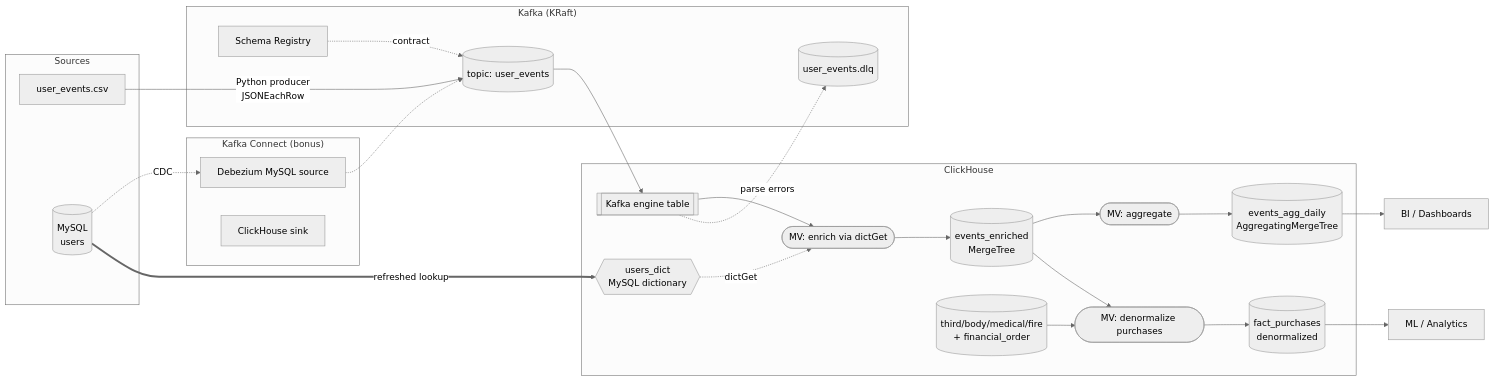
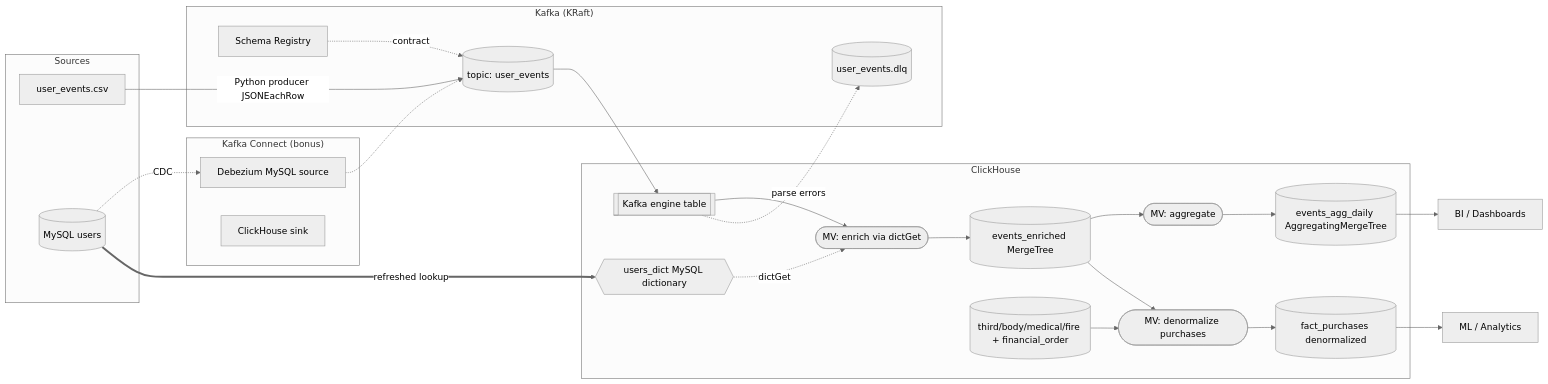
The diagram in docs/architecture.md (Mansoor-Khaleghi/Azki-de), drawn with Mermaid (neutral theme) before and after one commit. The commit also changed other lines of this file and 13 other files, not shown here.

First line of the commit message:
Add data-flow diagram, sync docs with current behaviour, lint with ruff

````diff
--- a/docs/architecture.md
+++ b/docs/architecture.md
@@ -5,44 +17,44 @@
 ```mermaid
 flowchart LR
     subgraph Sources
         CSV[user_events.csv]
-        MYSQL[(MySQL\nusers)]
+        MYSQL[(MySQL users)]
     end
 
     subgraph Kafka["Kafka (KRaft)"]
         TOPIC[(topic: user_events)]
         SR[Schema Registry]
         DLQ[(user_events.dlq)]
     end
 
     subgraph Connect["Kafka Connect (bonus)"]
         DBZ[Debezium MySQL source]
         SINK[ClickHouse sink]
     end
 
     subgraph ClickHouse
         KE[[Kafka engine table]]
-        DICT{{users_dict\nMySQL dictionary}}
+        DICT{{users_dict MySQL dictionary}}
         MV1([MV: enrich via dictGet])
-        ENR[(events_enriched\nMergeTree)]
+        ENR[(events_enriched MergeTree)]
         MV2([MV: aggregate])
-        AGG[(events_agg_daily\nAggregatingMergeTree)]
+        AGG[(events_agg_daily AggregatingMergeTree)]
         MV3([MV: denormalize purchases])
-        ORD[(third/body/medical/fire\n+ financial_order)]
-        FACT[(fact_purchases\ndenormalized)]
+        ORD[(third/body/medical/fire + financial_order)]
+        FACT[(fact_purchases denormalized)]
     end
 
-    CSV -->|Python producer\nJSONEachRow| TOPIC
+    CSV -->|Python producer JSONEachRow| TOPIC
     MYSQL -. CDC .-> DBZ -.-> TOPIC
     MYSQL ==>|refreshed lookup| DICT
     TOPIC --> KE --> MV1
     DICT -. dictGet .-> MV1
     KE -. parse errors .-> DLQ
     MV1 --> ENR --> MV2 --> AGG
     ENR --> MV3 --> FACT
     ORD --> MV3
     SR -.contract.-> TOPIC
 
     AGG --> BI[BI / Dashboards]
     FACT --> ML[ML / Analytics]
 ```
````
